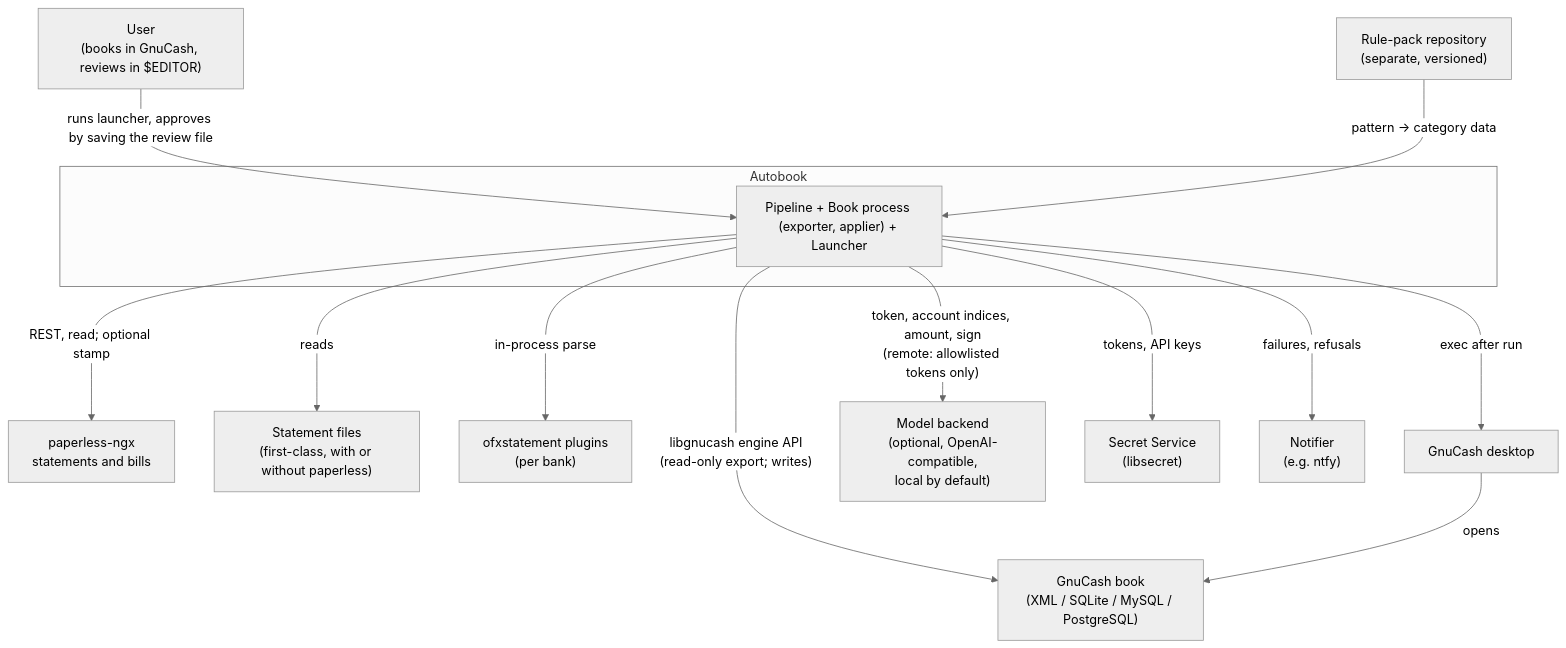
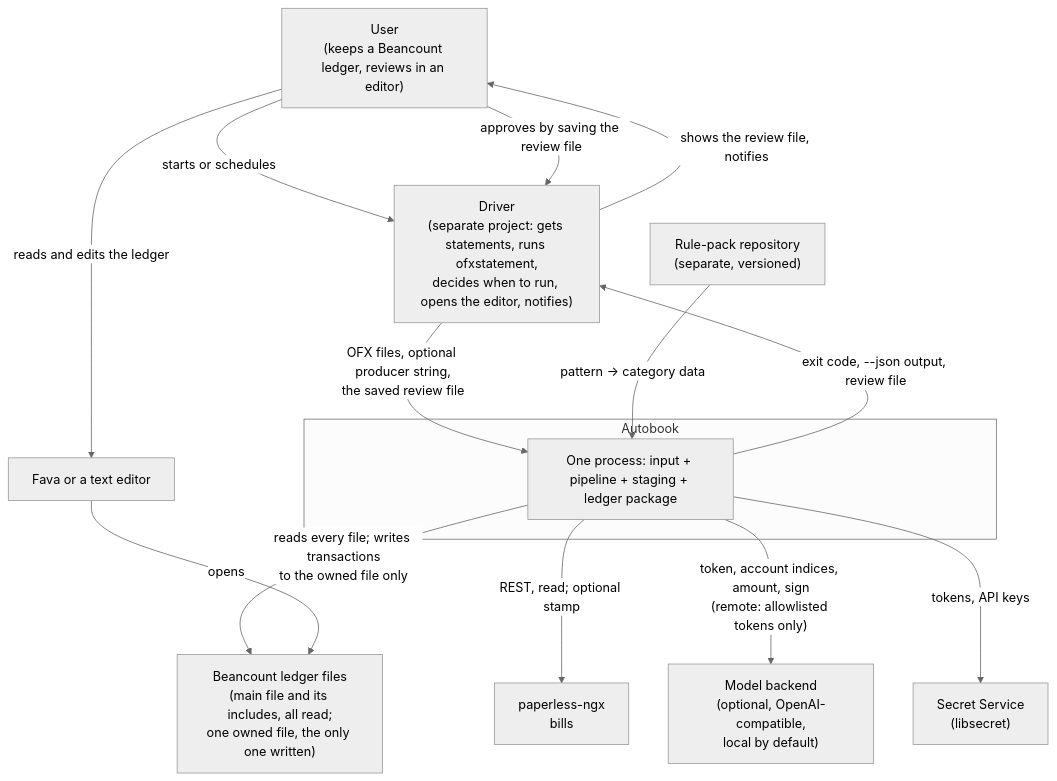
The diagram in docs/design/architecture/diagrams/c4-context.mermaid (Ralphovi/autobook), drawn with Mermaid (neutral theme) before and after one commit. The commit also changed 20 other files, not shown here.

First line of the commit message:
docs: describe the Beancount design in AGENTS.md, README and the architecture

```diff
--- a/docs/design/architecture/diagrams/c4-context.mermaid
+++ b/docs/design/architecture/diagrams/c4-context.mermaid
@@ -1,30 +1,29 @@
 %% C4 Level 1 — System context
 %% Diagrams as code. Render with any Mermaid renderer.
 graph TB
-    user["User<br/>(books in GnuCash, reviews in $EDITOR)"]
+    user["User<br/>(keeps a Beancount ledger, reviews in an editor)"]
+    driver["Driver<br/>(separate project: gets statements, runs ofxstatement,<br/>decides when to run, opens the editor, notifies)"]
 
     subgraph autobook["Autobook"]
-        sys["Pipeline + Book process (exporter, applier) + Launcher"]
+        sys["One process: input + pipeline + staging + ledger package"]
     end
 
-    paperless["paperless-ngx<br/>statements and bills"]
-    files["Statement files<br/>(first-class, with or without paperless)"]
-    plugins["ofxstatement plugins<br/>(per bank)"]
-    book["GnuCash book<br/>(XML / SQLite / MySQL / PostgreSQL)"]
-    gui["GnuCash desktop"]
+    ledger["Beancount ledger files<br/>(main file and its includes, all read;<br/>one owned file, the only one written)"]
+    viewer["Fava or a text editor"]
+    paperless["paperless-ngx<br/>bills"]
     model["Model backend<br/>(optional, OpenAI-compatible,<br/>local by default)"]
     secrets["Secret Service<br/>(libsecret)"]
-    notify["Notifier<br/>(e.g. ntfy)"]
     packs["Rule-pack repository<br/>(separate, versioned)"]
 
-    user -->|"runs launcher, approves by saving the review file"| sys
+    user -->|"starts or schedules"| driver
+    driver -->|"shows the review file, notifies"| user
+    user -->|"approves by saving the review file"| driver
+    driver -->|"OFX files, optional producer string,<br/>the saved review file"| sys
+    sys -->|"exit code, --json output, review file"| driver
+    sys -->|"reads every file; writes transactions<br/>to the owned file only"| ledger
+    user -->|"reads and edits the ledger"| viewer
+    viewer -->|"opens"| ledger
     sys -->|"REST, read; optional stamp"| paperless
-    sys -->|"reads"| files
-    sys -->|"in-process parse"| plugins
-    sys -->|"libgnucash engine API<br/>(read-only export; writes)"| book
-    sys -->|"exec after run"| gui
-    gui -->|"opens"| book
     sys -->|"token, account indices, amount, sign<br/>(remote: allowlisted tokens only)"| model
     sys -->|"tokens, API keys"| secrets
-    sys -->|"failures, refusals"| notify
     packs -->|"pattern → category data"| sys
```
